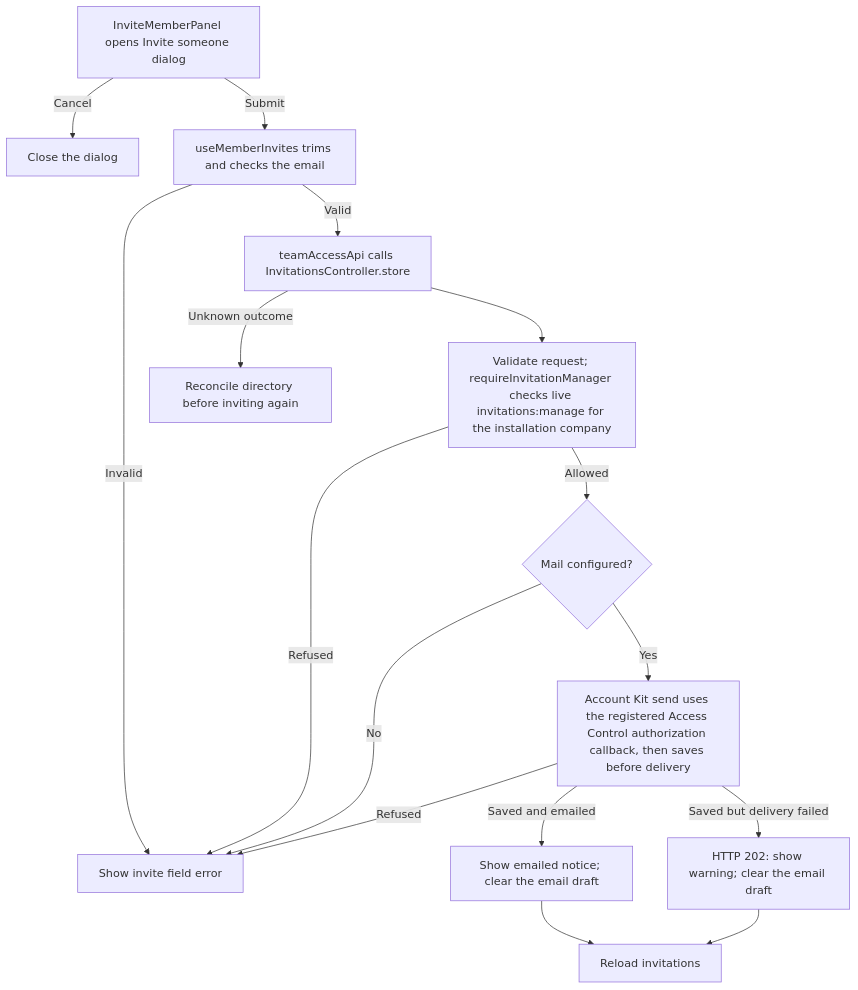
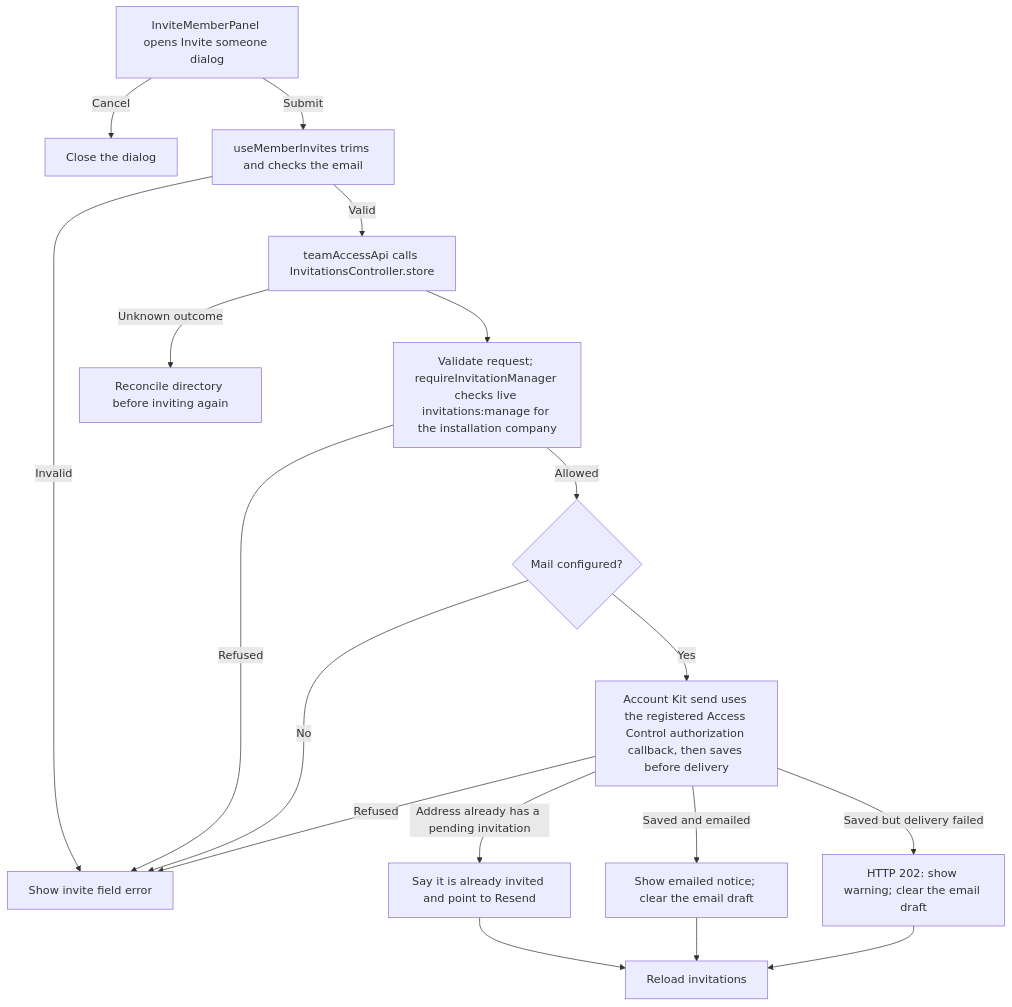
One commit to Kevinjohn/capacitylens changed the second of 2 diagrams in user-stories/team/US-TEAM-02-invite-member.md. Above: the diagram before and after it, drawn with Mermaid. The commit also changed other lines of this file and 5 other files, not shown here.

First line of the commit message:
Say when an address already has a pending invitation

````diff
--- a/user-stories/team/US-TEAM-02-invite-member.md
+++ b/user-stories/team/US-TEAM-02-invite-member.md
@@ -38,18 +39,20 @@
 ```mermaid
 flowchart TD
   panel["InviteMemberPanel opens Invite someone dialog"] -->|Cancel| close["Close the dialog"]
   panel -->|Submit| validate["useMemberInvites trims and checks the email"]
   validate -->|Invalid| error["Show invite field error"]
   validate -->|Valid| request["teamAccessApi calls InvitationsController.store"]
   request --> auth["Validate request; requireInvitationManager checks live invitations:manage for the installation company"]
   auth -->|Allowed| mail{"Mail configured?"}
   auth -->|Refused| error
   mail -->|No| error
   mail -->|Yes| kit["Account Kit send uses the registered Access Control authorization callback, then saves before delivery"]
   kit -->|Refused| error
+  kit -->|Address already has a pending invitation| pending["Say it is already invited and point to Resend"]
+  pending --> reload
   kit -->|Saved and emailed| completed["Show emailed notice; clear the email draft"]
   kit -->|Saved but delivery failed| warning["HTTP 202: show warning; clear the email draft"]
   completed --> reload["Reload invitations"]
   warning --> reload
   request -->|Unknown outcome| reconcile["Reconcile directory before inviting again"]
 ```
````
